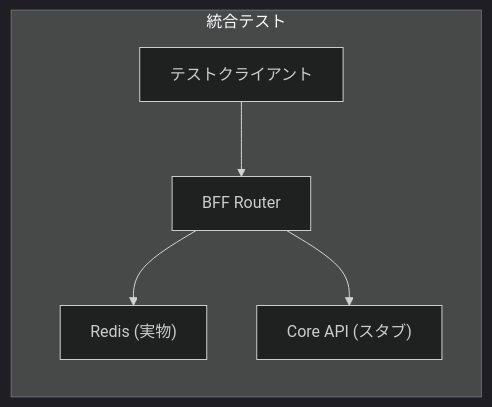
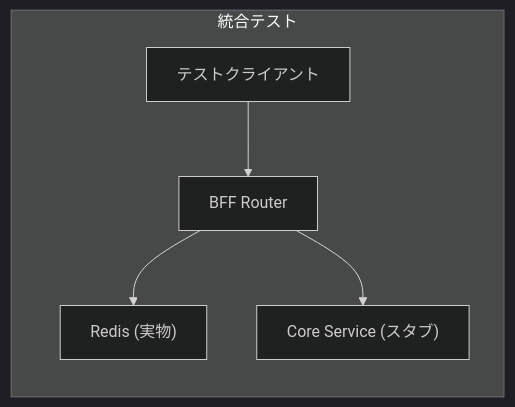
Before and after one commit to ka2kama/ringiflow: the first of 2 diagrams in docs/07_実装解説/01_認証機能/06_Phase6_統合テスト.md, drawn with Mermaid (dark theme). The commit also changed other lines of this file and 55 other files, not shown here.

````diff
--- a/docs/07_実装解説/01_認証機能/06_Phase6_統合テスト.md
+++ b/docs/07_実装解説/01_認証機能/06_Phase6_統合テスト.md
@@ -30,13 +30,13 @@
 ```mermaid
 flowchart LR
     subgraph IntegrationTest["統合テスト"]
         TestClient["テストクライアント"]
         BFF["BFF Router"]
         Redis["Redis (実物)"]
-        CoreAPI["Core API (スタブ)"]
+        CoreService["Core Service (スタブ)"]
 
         TestClient --> BFF
         BFF --> Redis
-        BFF --> CoreAPI
+        BFF --> CoreService
     end
 ```
````
